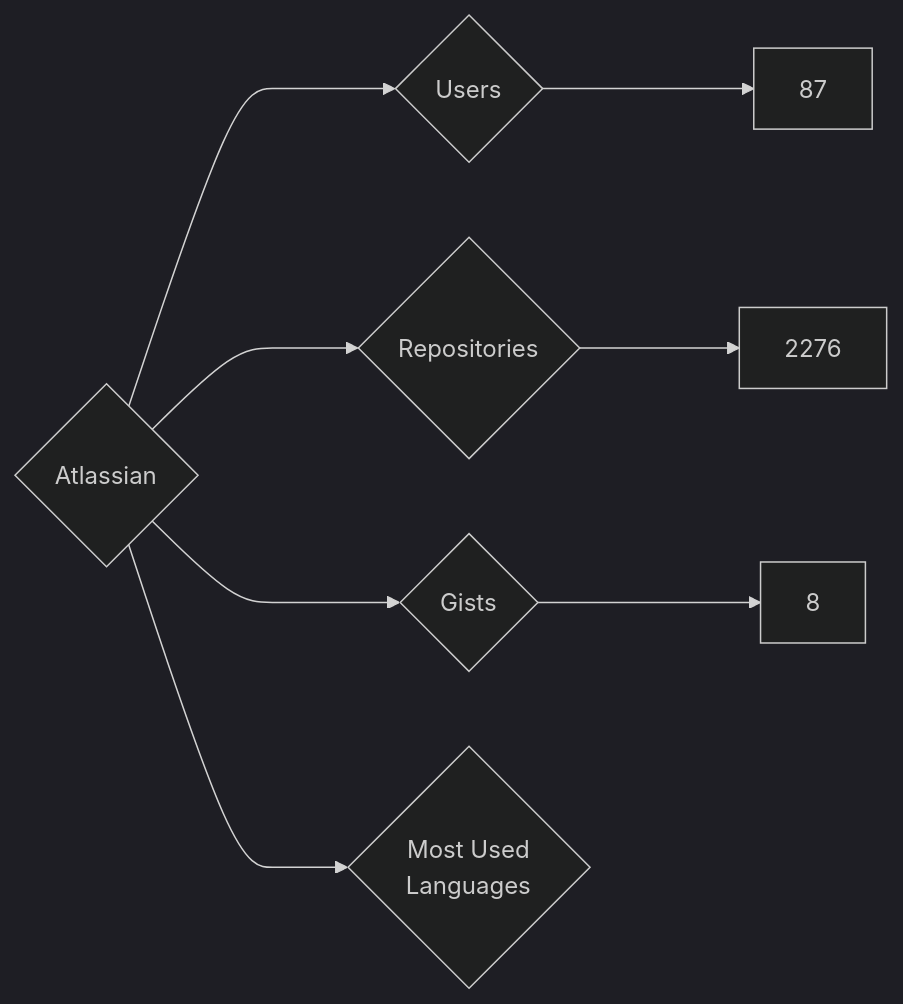
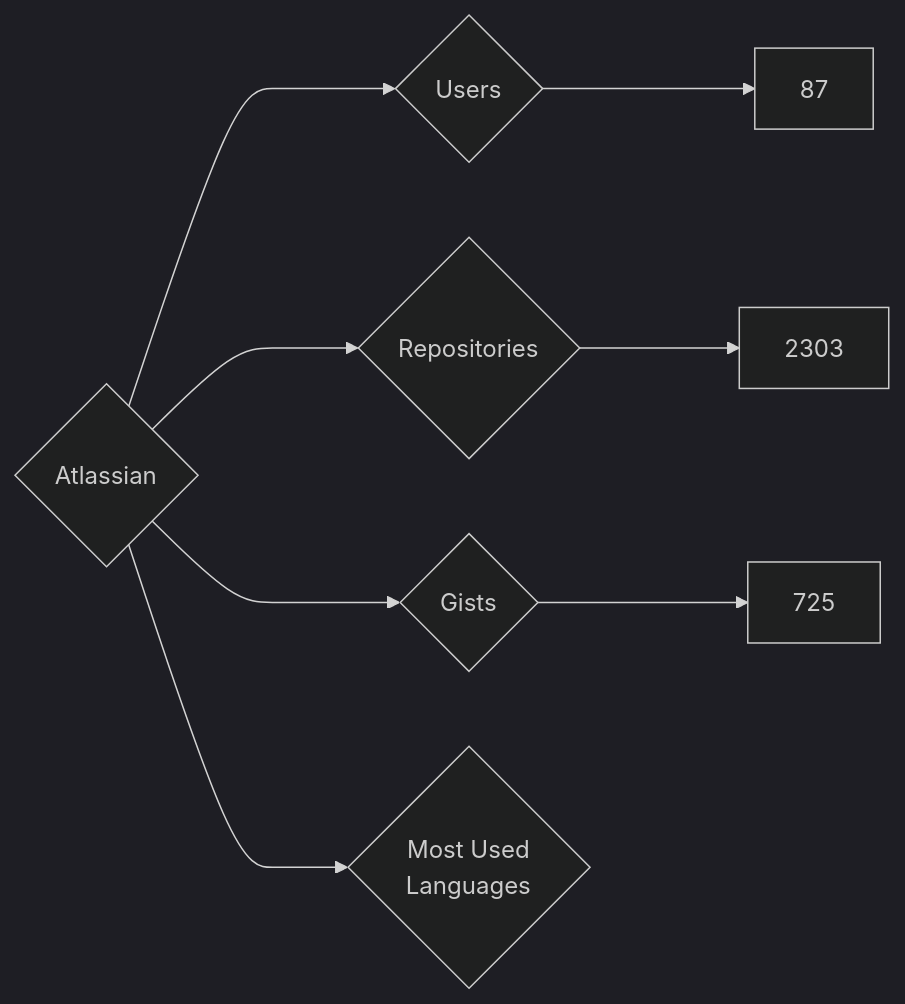
One commit to nenadzaric/insiders changed the diagram in targets/Atlassian/README.md. Above: the diagram before and after it, drawn with Mermaid (dark theme). The commit also changed 1342 other files, not shown here.

````diff
--- a/targets/Atlassian/README.md
+++ b/targets/Atlassian/README.md
@@ -3,8 +3,8 @@
 ```mermaid
 graph LR
 COMPANY_NAME{Atlassian}
 COMPANY_NAME ---> U{Users} ---> UN[87]
-COMPANY_NAME ---> R{Repositories} ---> RN[2276]
-COMPANY_NAME ---> G{Gists} ---> GN[8]
+COMPANY_NAME ---> R{Repositories} ---> RN[2303]
+COMPANY_NAME ---> G{Gists} ---> GN[725]
 COMPANY_NAME ---> ML{Most Used<br>Languages}
 ```
````
